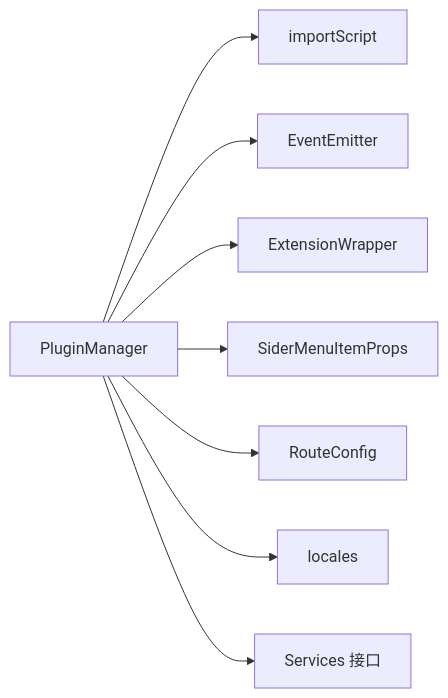
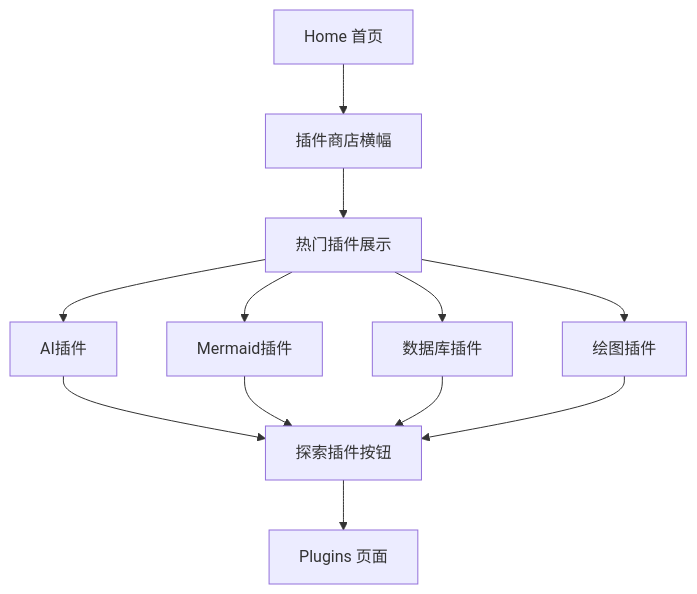
Diagram 12 of 20 in .qoder/repowiki/zh/content/架构设计/插件系统架构/插件系统架构.md (LRF0422/Kotion), drawn with Mermaid before and after one commit. The commit also changed other lines of this file and 75 other files, not shown here.

````diff
--- a/.qoder/repowiki/zh/content/架构设计/插件系统架构/插件系统架构.md
+++ b/.qoder/repowiki/zh/content/架构设计/插件系统架构/插件系统架构.md
@@ -421,10 +770,14 @@
 ```mermaid
-graph LR
-PM["PluginManager"] --> Import["importScript"]
-PM --> Event["EventEmitter"]
-PM --> Editor["ExtensionWrapper"]
-PM --> Menu["SiderMenuItemProps"]
-PM --> Route["RouteConfig"]
-PM --> Locales["locales"]
-PM --> Types["Services 接口"]
+graph TB
+Home["Home 首页"] --> PluginStore["插件商店横幅"]
+PluginStore --> HotPlugins["热门插件展示"]
+HotPlugins --> AIPlugin["AI插件"]
+HotPlugins --> MermaidPlugin["Mermaid插件"]
+HotPlugins --> DBPlugin["数据库插件"]
+HotPlugins --> DrawPlugin["绘图插件"]
+AIPlugin --> ExploreBtn["探索插件按钮"]
+MermaidPlugin --> ExploreBtn
+DBPlugin --> ExploreBtn
+DrawPlugin --> ExploreBtn
+ExploreBtn --> PluginsPage["Plugins 页面"]
 ```
````
